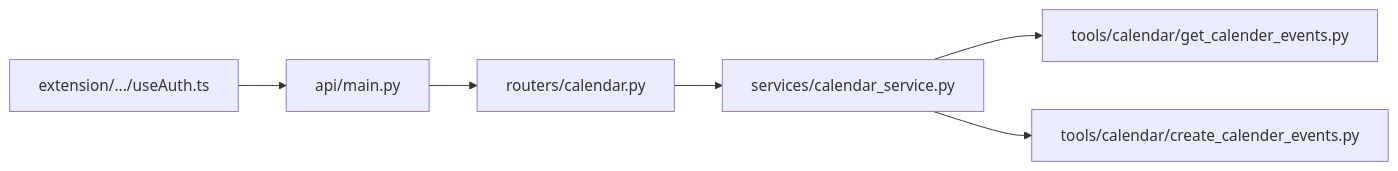
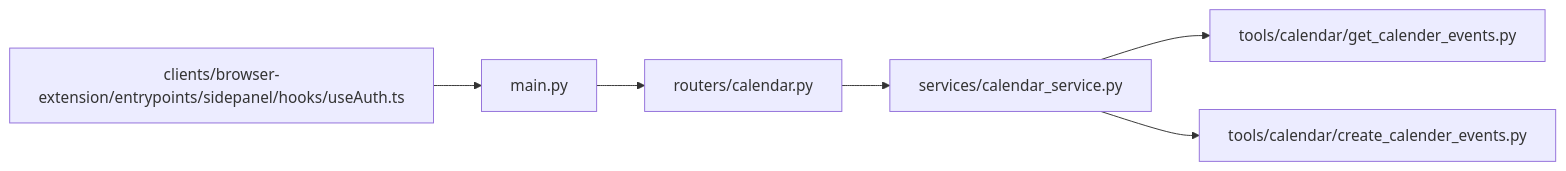
Before and after one commit to tashifkhan/tashif.codes: the third of 3 diagrams in src/data/docs/agentic-browser/API Server/Calendar Integration API.md, drawn with Mermaid. The commit also changed other lines of this file and 2128 other files, not shown here.

First line of the commit message:
docs: replace raster diagram images with native Mermaid across project guides

````diff
--- a/src/data/docs/agentic-browser/API Server/Calendar Integration API.md
+++ b/src/data/docs/agentic-browser/API Server/Calendar Integration API.md
@@ -146,8 +146,8 @@
 ```mermaid
 graph LR
-API["api/main.py"] --> R["routers/calendar.py"]
+API["main.py"] --> R["routers/calendar.py"]
 R --> S["services/calendar_service.py"]
 S --> T1["tools/calendar/get_calender_events.py"]
 S --> T2["tools/calendar/create_calender_events.py"]
-FE["extension/.../useAuth.ts"] --> API
+FE["clients/browser-extension/entrypoints/sidepanel/hooks/useAuth.ts"] --> API
 ```
````
